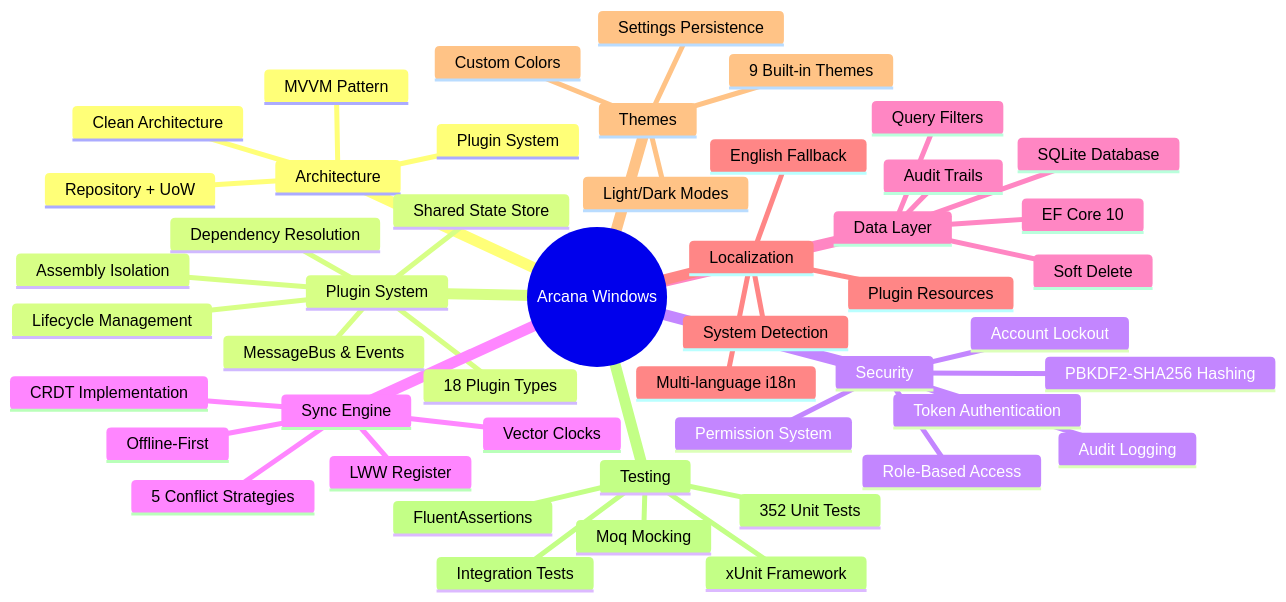
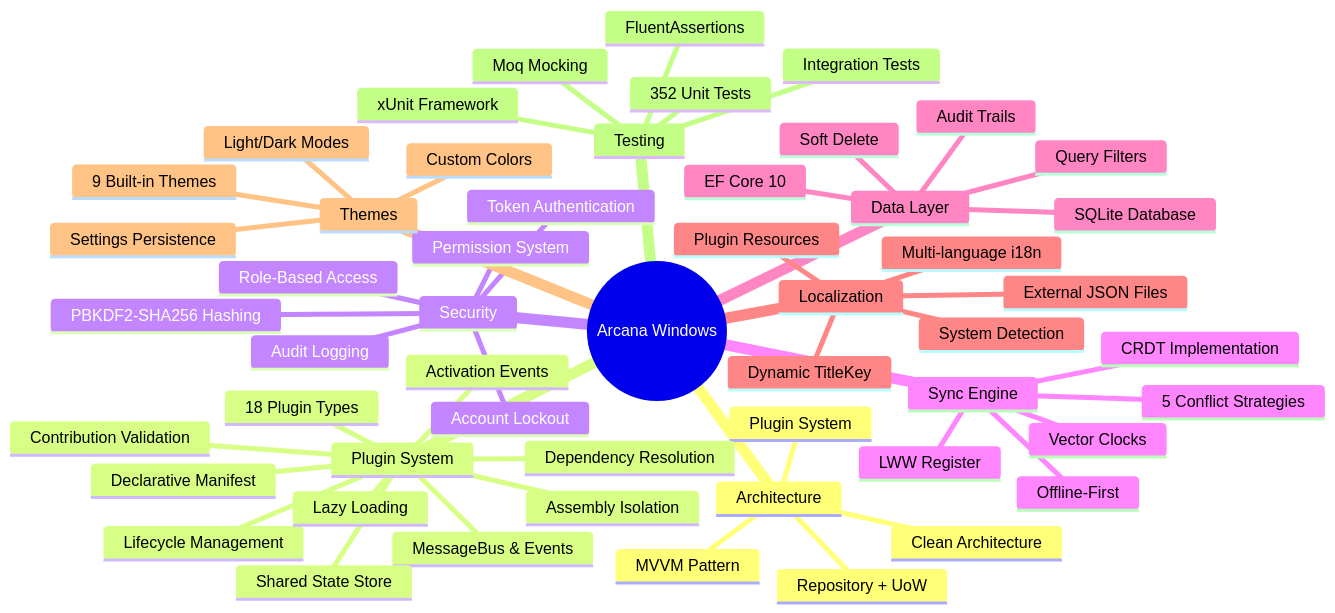
One commit to jrjohn/arcana-windows changed the second of 8 diagrams in README.md. Above: the diagram before and after it, drawn with Mermaid. The commit also changed other lines of this file and 1 other file, not shown here.

````diff
--- a/README.md
+++ b/README.md
@@ -320,51 +320,56 @@
 ```mermaid
 mindmap
   root((Arcana Windows))
     Architecture
       Clean Architecture
       MVVM Pattern
       Plugin System
       Repository + UoW
     Plugin System
       18 Plugin Types
       Assembly Isolation
       Lifecycle Management
       Dependency Resolution
       MessageBus & Events
       Shared State Store
+      Declarative Manifest
+      Lazy Loading
+      Activation Events
+      Contribution Validation
     Security
       PBKDF2-SHA256 Hashing
       Token Authentication
       Role-Based Access
       Account Lockout
       Audit Logging
       Permission System
     Sync Engine
       CRDT Implementation
       Vector Clocks
       LWW Register
       5 Conflict Strategies
       Offline-First
     Data Layer
       EF Core 10
       SQLite Database
       Soft Delete
       Audit Trails
       Query Filters
     Localization
       Multi-language i18n
+      External JSON Files
       Plugin Resources
+      Dynamic TitleKey
       System Detection
-      English Fallback
     Themes
       9 Built-in Themes
       Light/Dark Modes
       Custom Colors
       Settings Persistence
     Testing
       352 Unit Tests
       xUnit Framework
       FluentAssertions
       Moq Mocking
       Integration Tests
 ```
````
